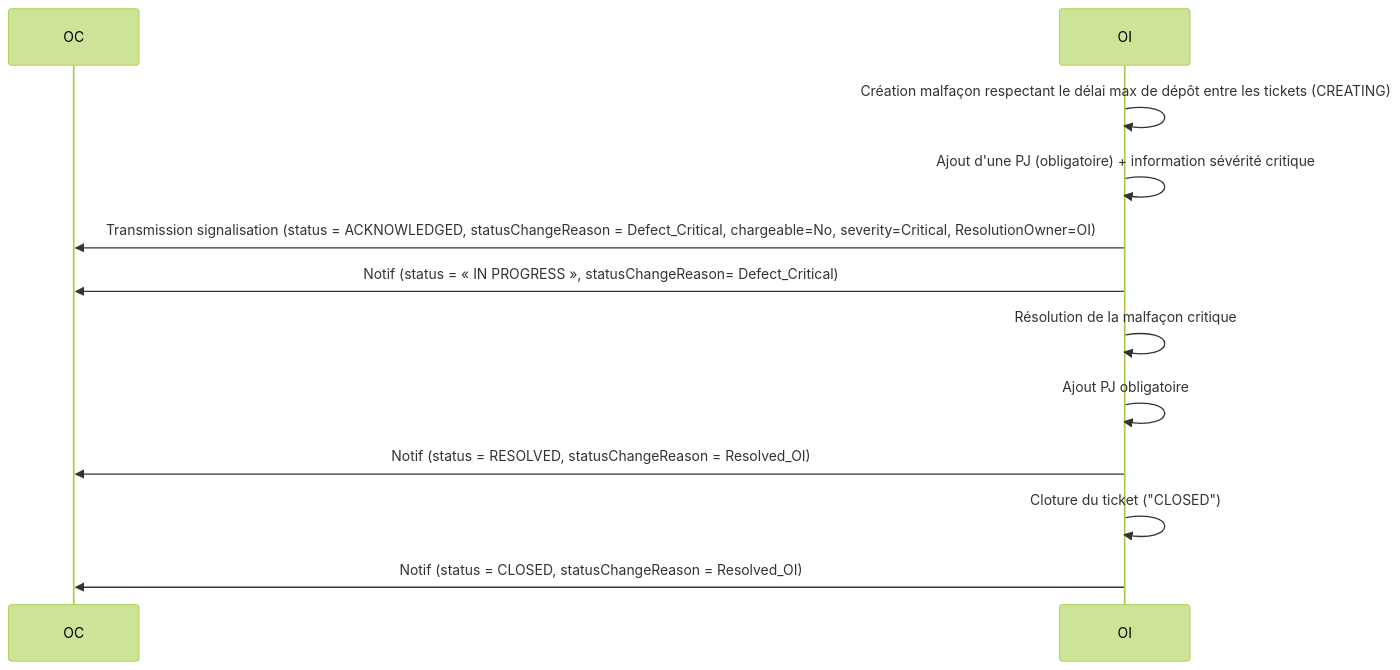
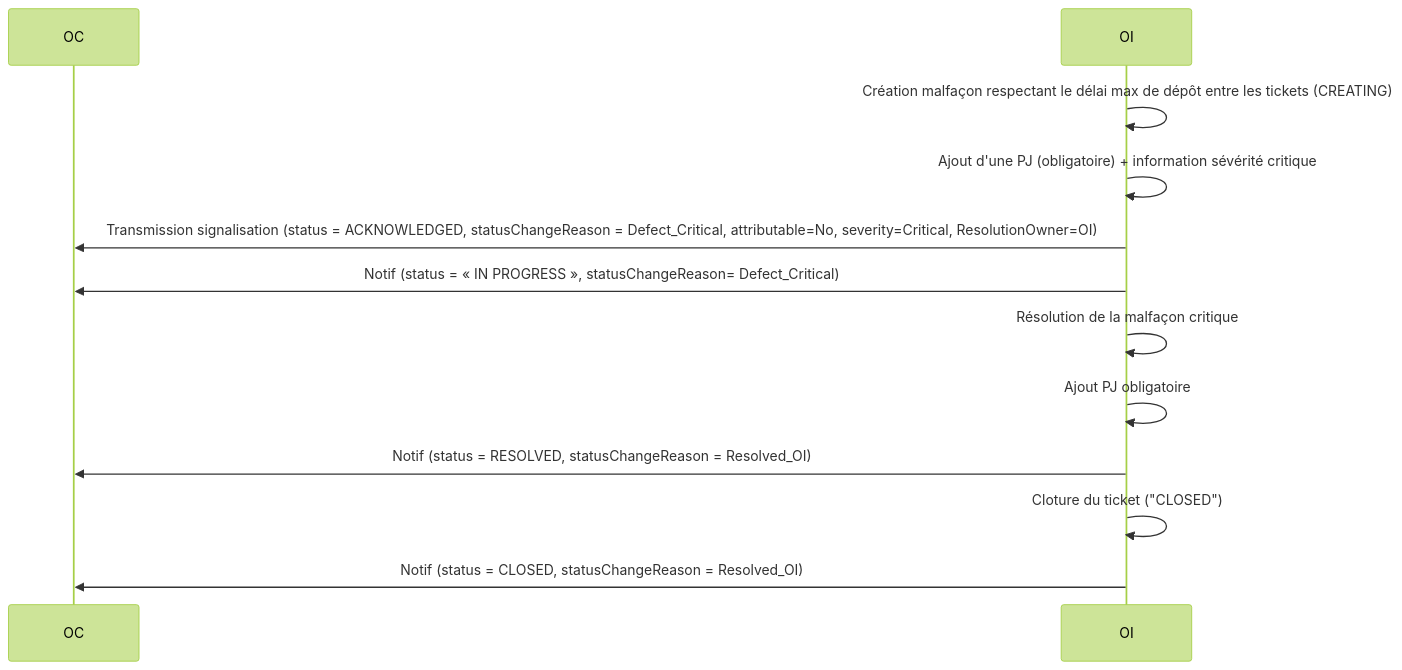
One commit to before-interop/malfacon changed the fourth of 12 diagrams in README.md. Above: the diagram before and after it, drawn with Mermaid (forest theme). The commit also changed other lines of this file, not shown here.

````diff
--- a/README.md
+++ b/README.md
@@ -391,16 +421,16 @@
 ```mermaid
 sequenceDiagram
 
   participant OC
   participant OI
 
   OI->>OI: Création malfaçon respectant le délai max de dépôt entre les tickets (CREATING)
   OI->>OI: Ajout d'une PJ (obligatoire) + information sévérité critique
-  OI->>OC: Transmission signalisation (status = ACKNOWLEDGED, statusChangeReason = Defect_Critical, chargeable=No, severity=Critical, ResolutionOwner=OI)
+  OI->>OC: Transmission signalisation (status = ACKNOWLEDGED, statusChangeReason = Defect_Critical, attributable=No, severity=Critical, ResolutionOwner=OI)
   OI->>OC: Notif (status = « IN PROGRESS », statusChangeReason= Defect_Critical)
   OI->>OI: Résolution de la malfaçon critique
   OI->>OI: Ajout PJ obligatoire
   OI->>OC: Notif (status = RESOLVED, statusChangeReason = Resolved_OI)
   OI->>OI: Cloture du ticket ("CLOSED")
   OI->>OC: Notif (status = CLOSED, statusChangeReason = Resolved_OI)
 ```
````
